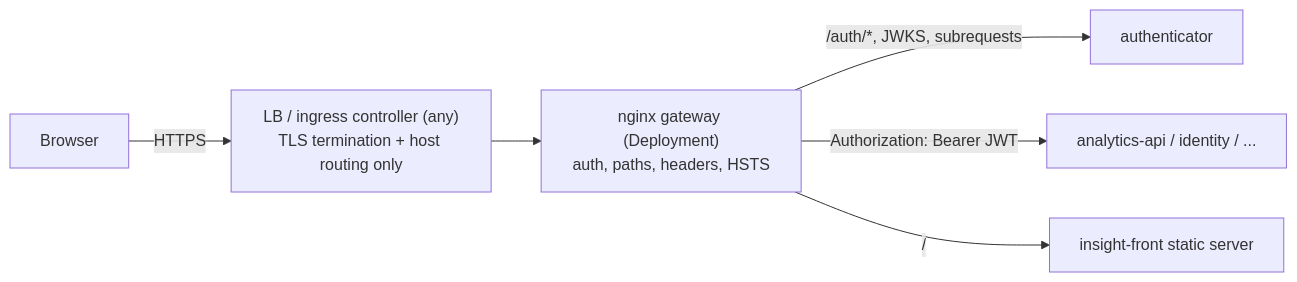
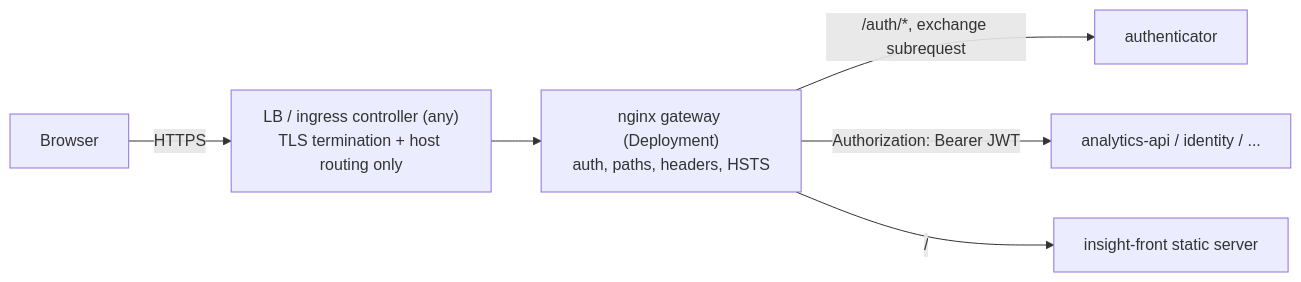
One commit to constructorfabric/insight changed the first of 3 diagrams in docs/components/backend/gateway/DESIGN.md. Above: the diagram before and after it, drawn with Mermaid. The commit also changed other lines of this file and 24 other files, not shown here.

````diff
--- a/docs/components/backend/gateway/DESIGN.md
+++ b/docs/components/backend/gateway/DESIGN.md
@@ -95,8 +95,8 @@
 ```mermaid
 graph LR
     B[Browser] -->|HTTPS| ING["LB / ingress controller (any)<br/>TLS termination + host routing only"]
     ING --> GW["nginx gateway (Deployment)<br/>auth, paths, headers, HSTS"]
-    GW -->|/auth/*, JWKS, subrequests| AUTH[authenticator]
+    GW -->|/auth/*, exchange subrequest| AUTH[authenticator]
     GW -->|"Authorization: Bearer JWT"| DS[analytics-api / identity / ...]
     GW -->|/| SPA[insight-front static server]
 ```
````
